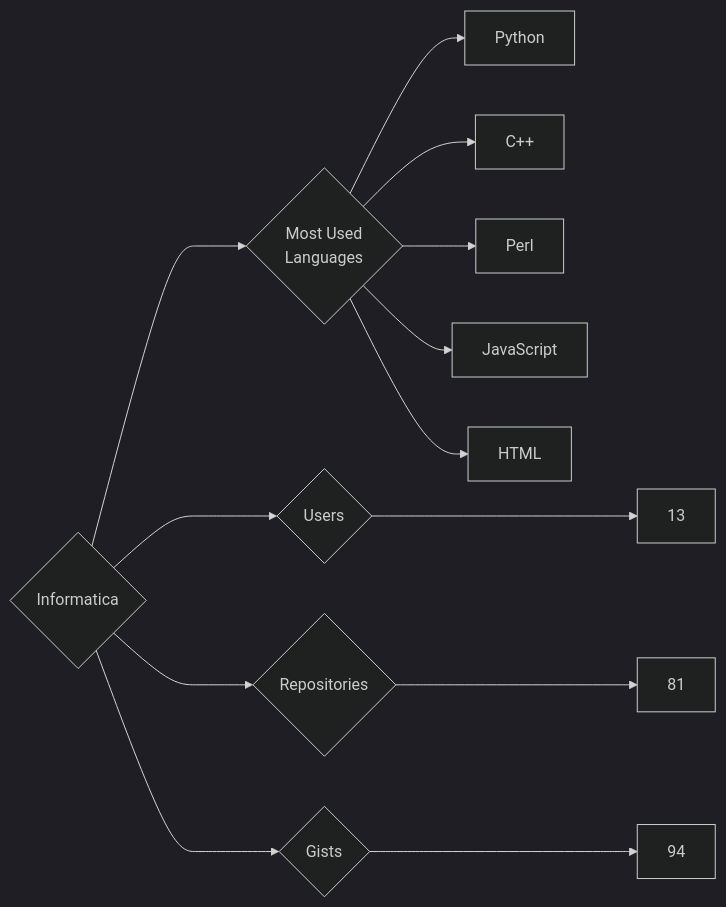
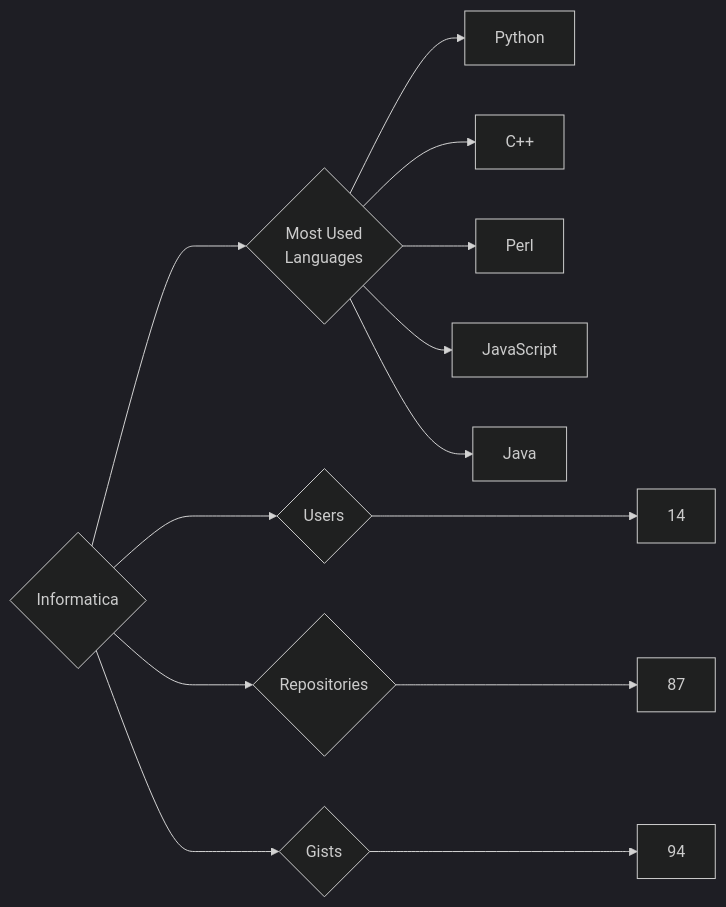
The diagram in targets/Informatica/README.md (trickest/insiders), drawn with Mermaid (dark theme) before and after one commit. The commit also changed 1055 other files, not shown here.

````diff
--- a/targets/Informatica/README.md
+++ b/targets/Informatica/README.md
@@ -3,13 +3,13 @@
 ```mermaid
 graph LR
 COMPANY_NAME{Informatica}
-COMPANY_NAME ---> U{Users} ---> UN[13]
-COMPANY_NAME ---> R{Repositories} ---> RN[81]
+COMPANY_NAME ---> U{Users} ---> UN[14]
+COMPANY_NAME ---> R{Repositories} ---> RN[87]
 COMPANY_NAME ---> G{Gists} ---> GN[94]
 COMPANY_NAME ---> ML{Most Used<br>Languages}
 ML --> Python[Python]
 ML --> C++[C++]
 ML --> Perl[Perl]
 ML --> JavaScript[JavaScript]
-ML --> HTML[HTML]
+ML --> Java[Java]
 ```
````
